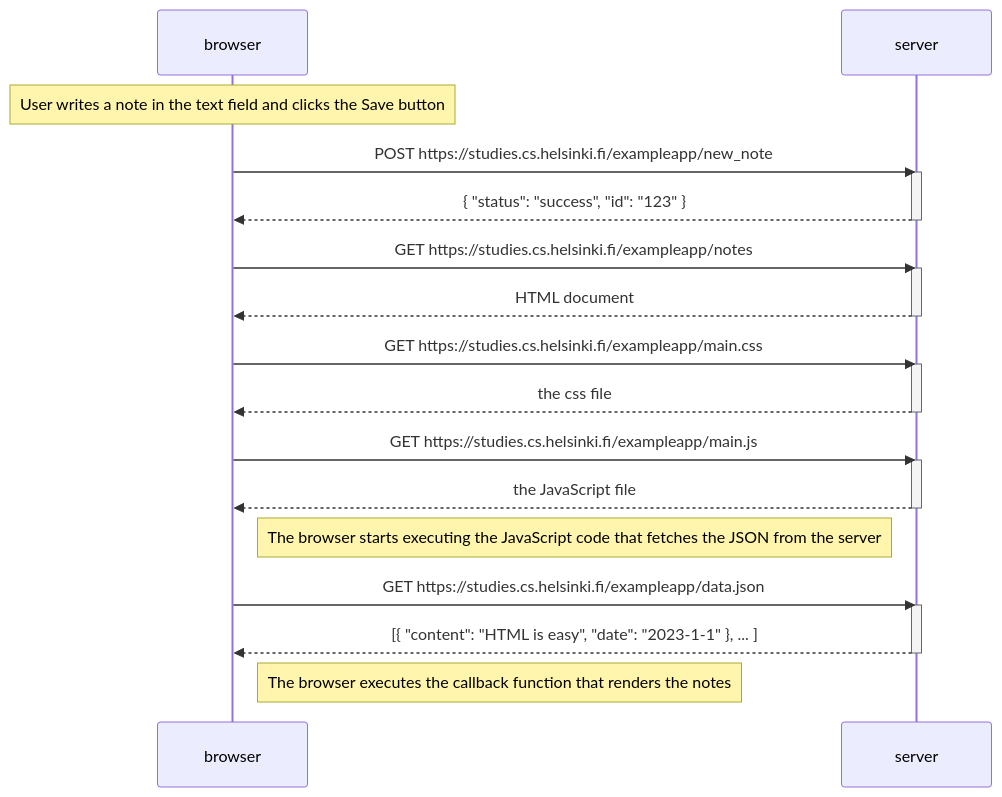
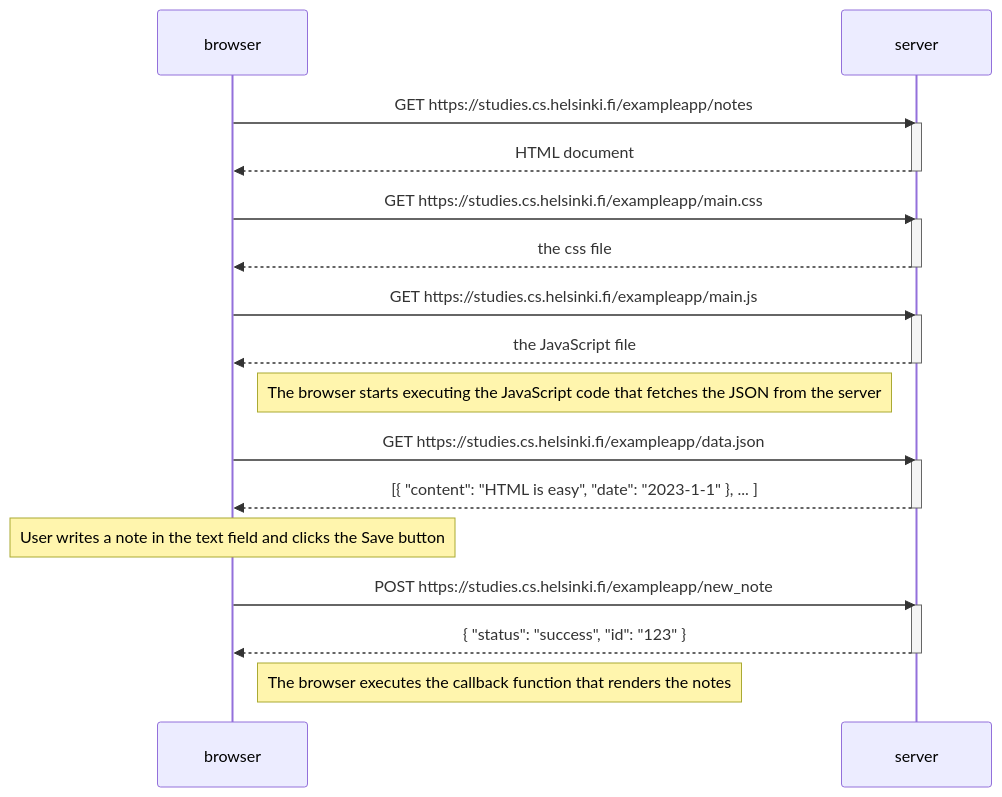
The diagram in part 0/04.md (WitekDomina/fullstackopen_domina4c), drawn with Mermaid before and after one commit.

Commit message:
04 finish

````diff
--- a/part 0/04.md
+++ b/part 0/04.md
@@ -1,36 +1,37 @@
 ```mermaid
 sequenceDiagram
     participant browser
     participant server
-
-    Note over browser: User writes a note in the text field and clicks the Save button
-
-    browser->>server: POST https://studies.cs.helsinki.fi/exampleapp/new_note
-    activate server
-    server-->>browser: { "status": "success", "id": "123" }
-    deactivate server
 
     browser->>server: GET https://studies.cs.helsinki.fi/exampleapp/notes
     activate server
     server-->>browser: HTML document
     deactivate server
 
     browser->>server: GET https://studies.cs.helsinki.fi/exampleapp/main.css
     activate server
     server-->>browser: the css file
     deactivate server
 
     browser->>server: GET https://studies.cs.helsinki.fi/exampleapp/main.js
     activate server
     server-->>browser: the JavaScript file
     deactivate server
 
     Note right of browser: The browser starts executing the JavaScript code that fetches the JSON from the server
 
     browser->>server: GET https://studies.cs.helsinki.fi/exampleapp/data.json
     activate server
     server-->>browser: [{ "content": "HTML is easy", "date": "2023-1-1" }, ... ]
     deactivate server
 
+    Note over browser: User writes a note in the text field and clicks the Save button
+
+    browser->>server: POST https://studies.cs.helsinki.fi/exampleapp/new_note
+    activate server
+    server-->>browser: { "status": "success", "id": "123" }
+    deactivate server
+
+
     Note right of browser: The browser executes the callback function that renders the notes
 ```
````
